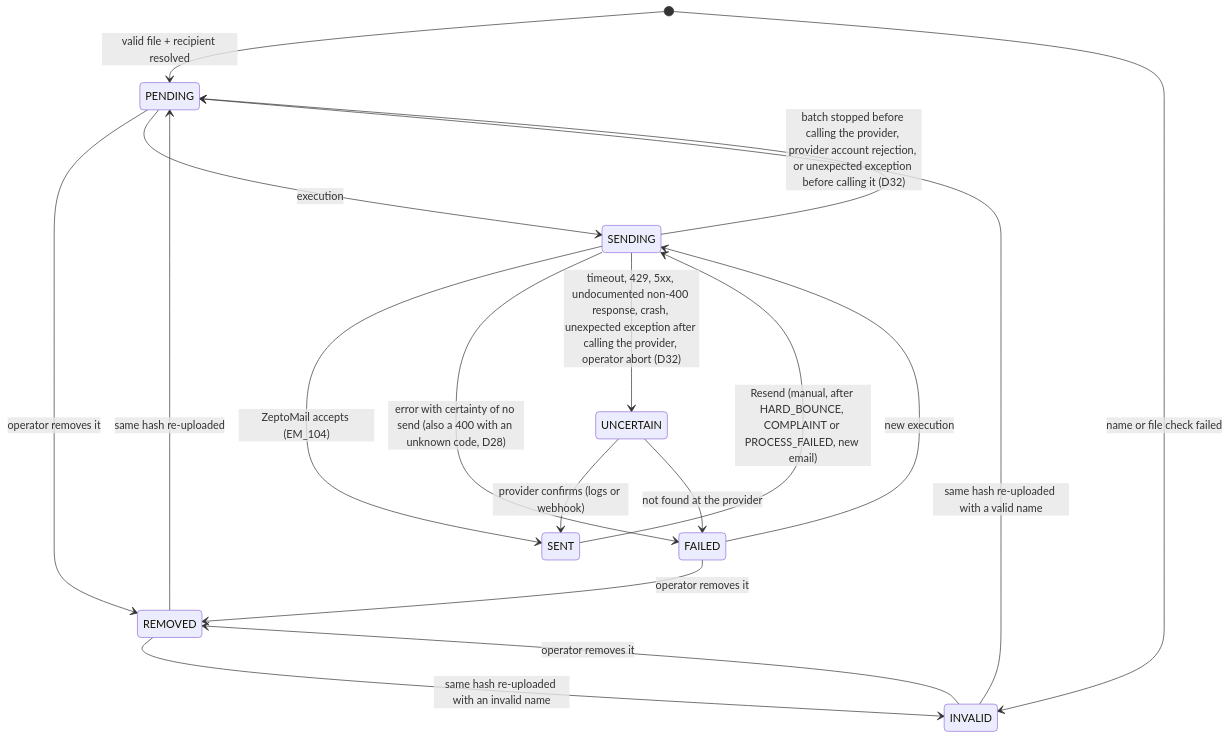
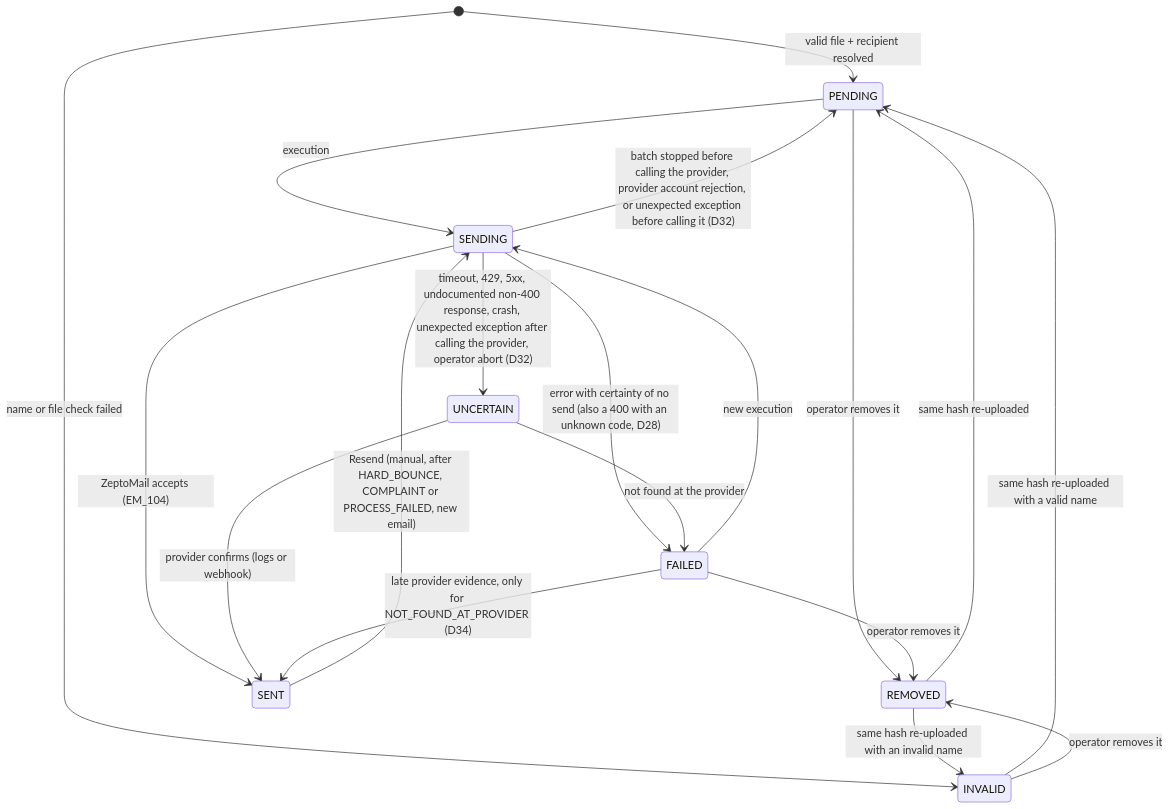
One commit to Ramioy/bulk-mailer-backend changed the fourth of 6 diagrams in docs/architecture/arquitectura.md. Above: the diagram before and after it, drawn with Mermaid. The commit also changed other lines of this file and 2 other files, not shown here.

````diff
--- a/docs/architecture/arquitectura.md
+++ b/docs/architecture/arquitectura.md
@@ -195,20 +195,21 @@
 ```mermaid
 stateDiagram-v2
     [*] --> PENDING: valid file + recipient resolved
     [*] --> INVALID: name or file check failed
     INVALID --> PENDING: same hash re-uploaded with a valid name
     PENDING --> REMOVED: operator removes it
     INVALID --> REMOVED: operator removes it
     FAILED --> REMOVED: operator removes it
     REMOVED --> PENDING: same hash re-uploaded
     REMOVED --> INVALID: same hash re-uploaded with an invalid name
     PENDING --> SENDING: execution
     FAILED --> SENDING: new execution
     SENDING --> SENT: ZeptoMail accepts (EM_104)
     SENDING --> FAILED: error with certainty of no send (also a 400 with an unknown code, D28)
     SENDING --> PENDING: batch stopped before calling the provider, provider account rejection, or unexpected exception before calling it (D32)
     SENDING --> UNCERTAIN: timeout, 429, 5xx, undocumented non-400 response, crash, unexpected exception after calling the provider, operator abort (D32)
     UNCERTAIN --> SENT: provider confirms (logs or webhook)
     UNCERTAIN --> FAILED: not found at the provider
+    FAILED --> SENT: late provider evidence, only for NOT_FOUND_AT_PROVIDER (D34)
     SENT --> SENDING: Resend (manual, after HARD_BOUNCE, COMPLAINT or PROCESS_FAILED, new email)
 ```
````
